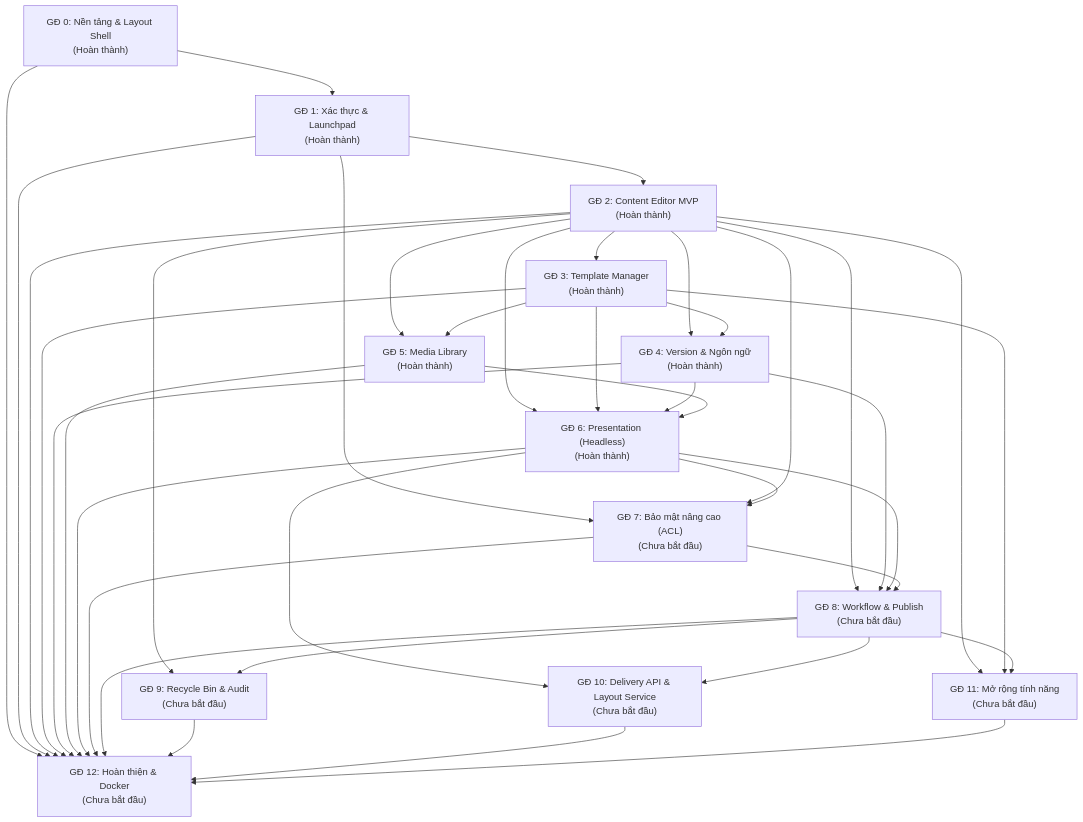
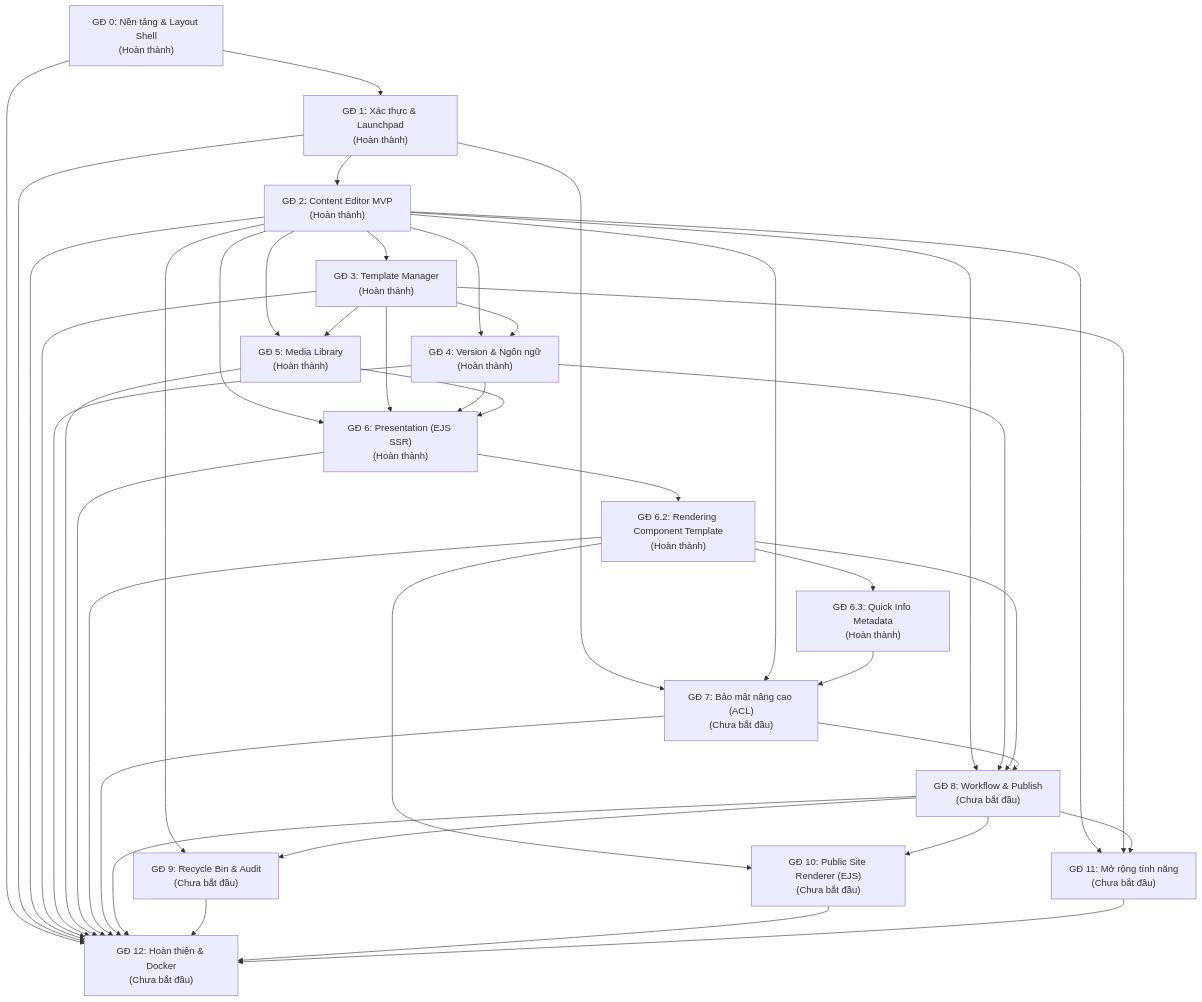
One commit to mittomao/Admin-CMS changed the diagram in docs/phases/README.md. Above: the diagram before and after it, drawn with Mermaid. The commit also changed other lines of this file and 88 other files, not shown here.

````diff
--- a/docs/phases/README.md
+++ b/docs/phases/README.md
@@ -9,15 +9,17 @@
 ```mermaid
 flowchart TD
     GD0["GĐ 0: Nền tảng & Layout Shell<br/>(Hoàn thành)"] --> GD1["GĐ 1: Xác thực & Launchpad<br/>(Hoàn thành)"]
     GD1 --> GD2["GĐ 2: Content Editor MVP<br/>(Hoàn thành)"]
     GD2 --> GD3["GĐ 3: Template Manager<br/>(Hoàn thành)"]
     GD2 & GD3 --> GD4["GĐ 4: Version & Ngôn ngữ<br/>(Hoàn thành)"]
     GD2 & GD3 --> GD5["GĐ 5: Media Library<br/>(Hoàn thành)"]
-    GD2 & GD3 & GD4 & GD5 --> GD6["GĐ 6: Presentation (Headless)<br/>(Hoàn thành)"]
-    GD1 & GD2 & GD6 --> GD7["GĐ 7: Bảo mật nâng cao (ACL)<br/>(Chưa bắt đầu)"]
-    GD2 & GD4 & GD6 & GD7 --> GD8["GĐ 8: Workflow & Publish<br/>(Chưa bắt đầu)"]
+    GD2 & GD3 & GD4 & GD5 --> GD6["GĐ 6: Presentation (EJS SSR)<br/>(Hoàn thành)"]
+    GD6 --> GD6_2["GĐ 6.2: Rendering Component Template<br/>(Hoàn thành)"]
+    GD6_2 --> GD6_3["GĐ 6.3: Quick Info Metadata<br/>(Hoàn thành)"]
+    GD1 & GD2 & GD6_3 --> GD7["GĐ 7: Bảo mật nâng cao (ACL)<br/>(Chưa bắt đầu)"]
+    GD2 & GD4 & GD6_2 & GD7 --> GD8["GĐ 8: Workflow & Publish<br/>(Chưa bắt đầu)"]
     GD2 & GD8 --> GD9["GĐ 9: Recycle Bin & Audit<br/>(Chưa bắt đầu)"]
-    GD6 & GD8 --> GD10["GĐ 10: Delivery API & Layout Service<br/>(Chưa bắt đầu)"]
+    GD6_2 & GD8 --> GD10["GĐ 10: Public Site Renderer (EJS)<br/>(Chưa bắt đầu)"]
     GD2 & GD3 & GD8 --> GD11["GĐ 11: Mở rộng tính năng<br/>(Chưa bắt đầu)"]
-    GD0 & GD1 & GD2 & GD3 & GD4 & GD5 & GD6 & GD7 & GD8 & GD9 & GD10 & GD11 --> GD12["GĐ 12: Hoàn thiện & Docker<br/>(Chưa bắt đầu)"]
+    GD0 & GD1 & GD2 & GD3 & GD4 & GD5 & GD6 & GD6_2 & GD7 & GD8 & GD9 & GD10 & GD11 --> GD12["GĐ 12: Hoàn thiện & Docker<br/>(Chưa bắt đầu)"]
 ```
````
